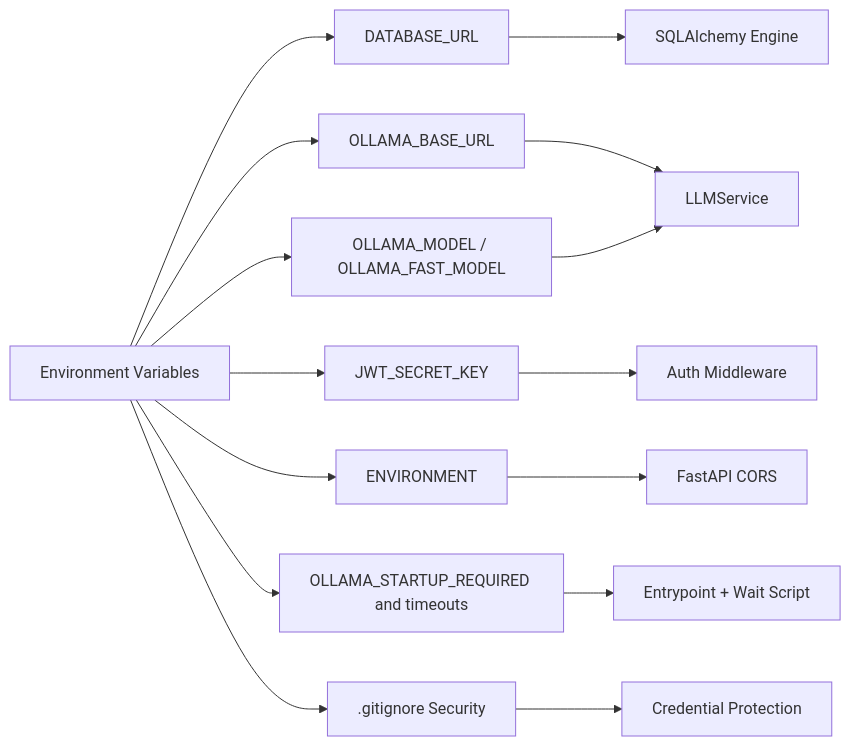
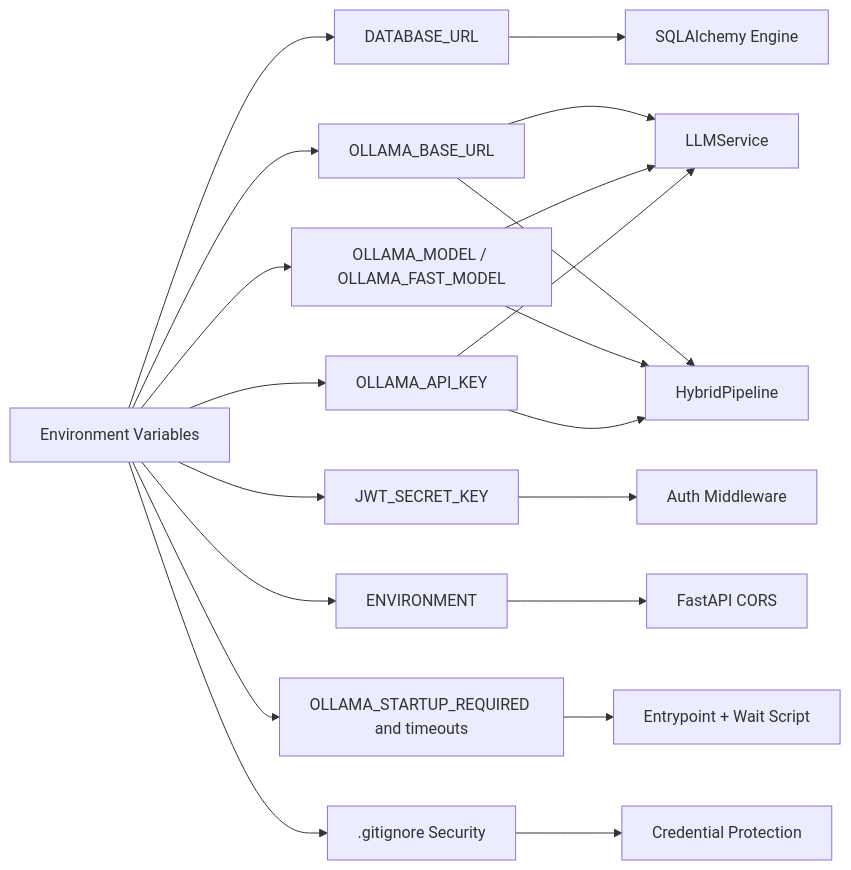
One commit to Revanththetalogics/aireume changed the fourth of 4 diagrams in .qoder/repowiki/en/content/Configuration Management.md. Above: the diagram before and after it, drawn with Mermaid. The commit also changed other lines of this file and 11 other files, not shown here.

````diff
--- a/.qoder/repowiki/en/content/Configuration Management.md
+++ b/.qoder/repowiki/en/content/Configuration Management.md
@@ -525,17 +598,22 @@
 ```mermaid
 graph LR
 ENV["Environment Variables"] --> DBURL["DATABASE_URL"]
 ENV --> OLLBASE["OLLAMA_BASE_URL"]
 ENV --> OLLMODEL["OLLAMA_MODEL / OLLAMA_FAST_MODEL"]
+ENV --> OLLAPI["OLLAMA_API_KEY"]
 ENV --> JWT["JWT_SECRET_KEY"]
 ENV --> CORS["ENVIRONMENT"]
 ENV --> STARTGATE["OLLAMA_STARTUP_REQUIRED and timeouts"]
 ENV --> GITIGNORE[".gitignore Security"]
 DBURL --> DBEngine["SQLAlchemy Engine"]
 OLLBASE --> LLM["LLMService"]
+OLLBASE --> HYBRID["HybridPipeline"]
 OLLMODEL --> LLM
+OLLMODEL --> HYBRID
+OLLAPI --> LLM
+OLLAPI --> HYBRID
 JWT --> AUTH["Auth Middleware"]
 CORS --> FASTAPI["FastAPI CORS"]
 STARTGATE --> ENTRY["Entrypoint + Wait Script"]
 GITIGNORE --> SECURITY["Credential Protection"]
 ```
````
